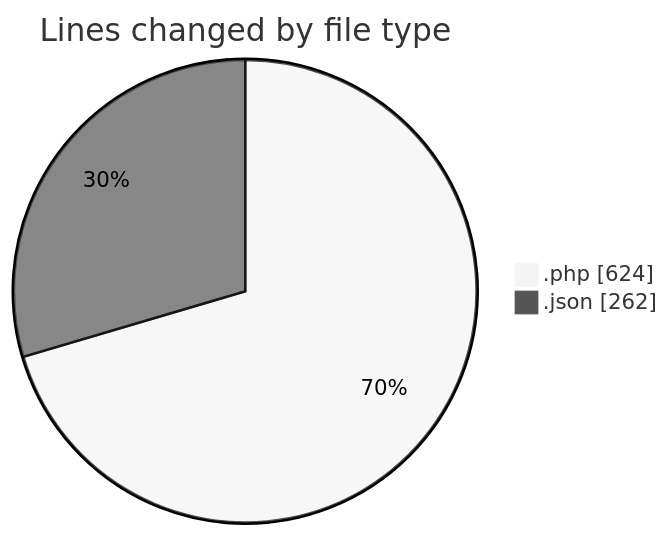
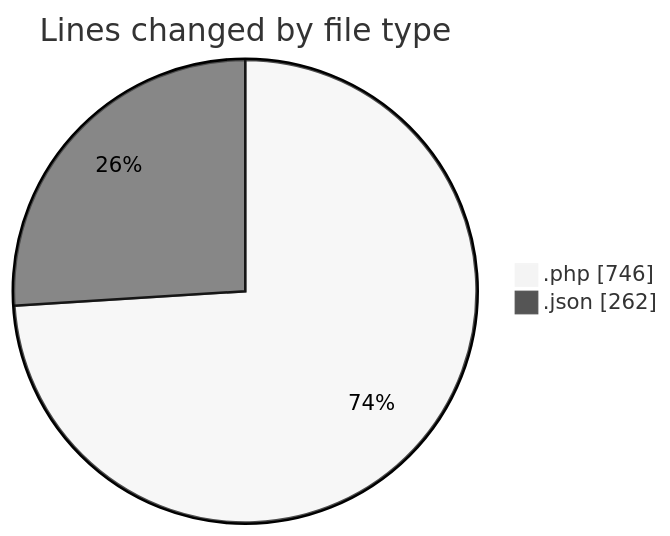
The first of 2 diagrams in 2025-11-01/futsal_rekomendasi/README.md (idhammustaqopulfikri/code-tracking), drawn with Mermaid (neutral theme) before and after one commit. The commit also changed other lines of this file and 1 other file, not shown here.

````diff
--- a/2025-11-01/futsal_rekomendasi/README.md
+++ b/2025-11-01/futsal_rekomendasi/README.md
@@ -31,6 +32,6 @@
 ```mermaid
 pie showData
 title Lines changed by file type
-".php" : 624
+".php" : 746
 ".json" : 262
 ```
````
